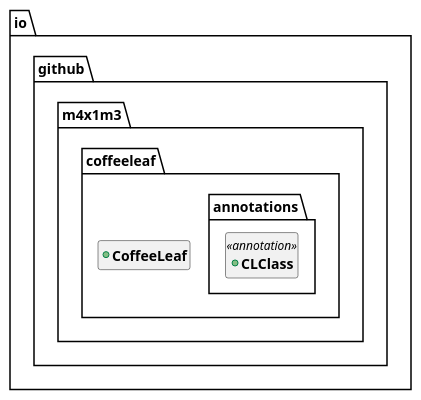
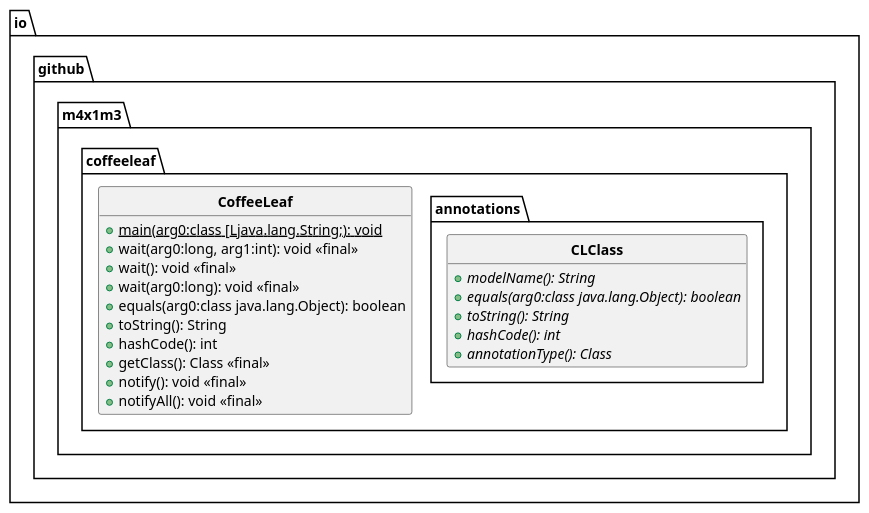
The diagram in src/main/uml/model.puml (M4xi1m3/coffeeleaf), drawn with PlantUML before and after one commit. The commit also changed 6 other files, not shown here.

```diff
--- a/src/main/uml/model.puml
+++ b/src/main/uml/model.puml
@@ -19,19 +19,34 @@
 @startuml
 'https://plantuml.com/sequence-diagram
 skinparam classFontStyle Bold
 skinparam style strictuml
 
 hide empty members
 
 package io.github.m4x1m3.coffeeleaf {
 package io.github.m4x1m3.coffeeleaf.annotations {
-+annotation CLClass <<annotation>> {
+annotation io.github.m4x1m3.coffeeleaf.annotations.CLClass {
++{abstract} modelName(): String
++{abstract} equals(arg0:class java.lang.Object): boolean
++{abstract} toString(): String
++{abstract} hashCode(): int
++{abstract} annotationType(): Class
 }
 }
-+class CoffeeLeaf {
+class io.github.m4x1m3.coffeeleaf.CoffeeLeaf {
++{static} main(arg0:class [Ljava.lang.String;): void
++wait(arg0:long, arg1:int): void <<final>>
++wait(): void <<final>>
++wait(arg0:long): void <<final>>
++equals(arg0:class java.lang.Object): boolean
++toString(): String
++hashCode(): int
++getClass(): Class <<final>>
++notify(): void <<final>>
++notifyAll(): void <<final>>
 }
 }
 
 
 
 @enduml
```
